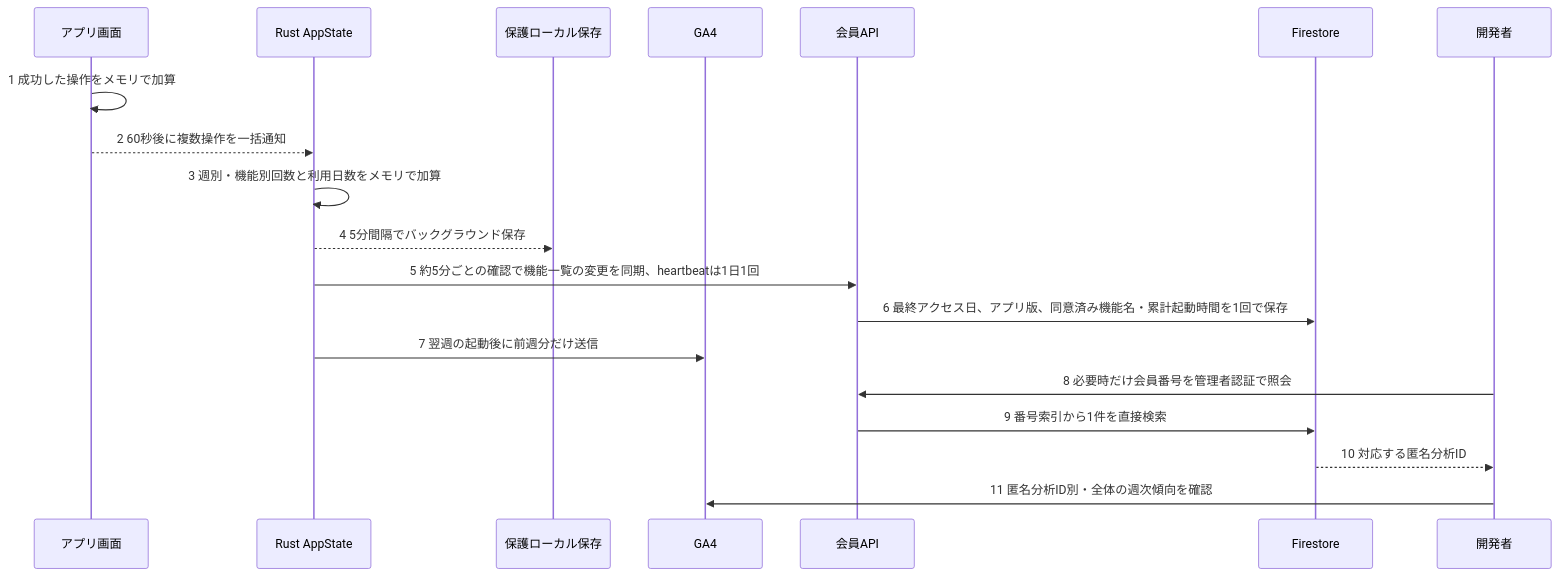
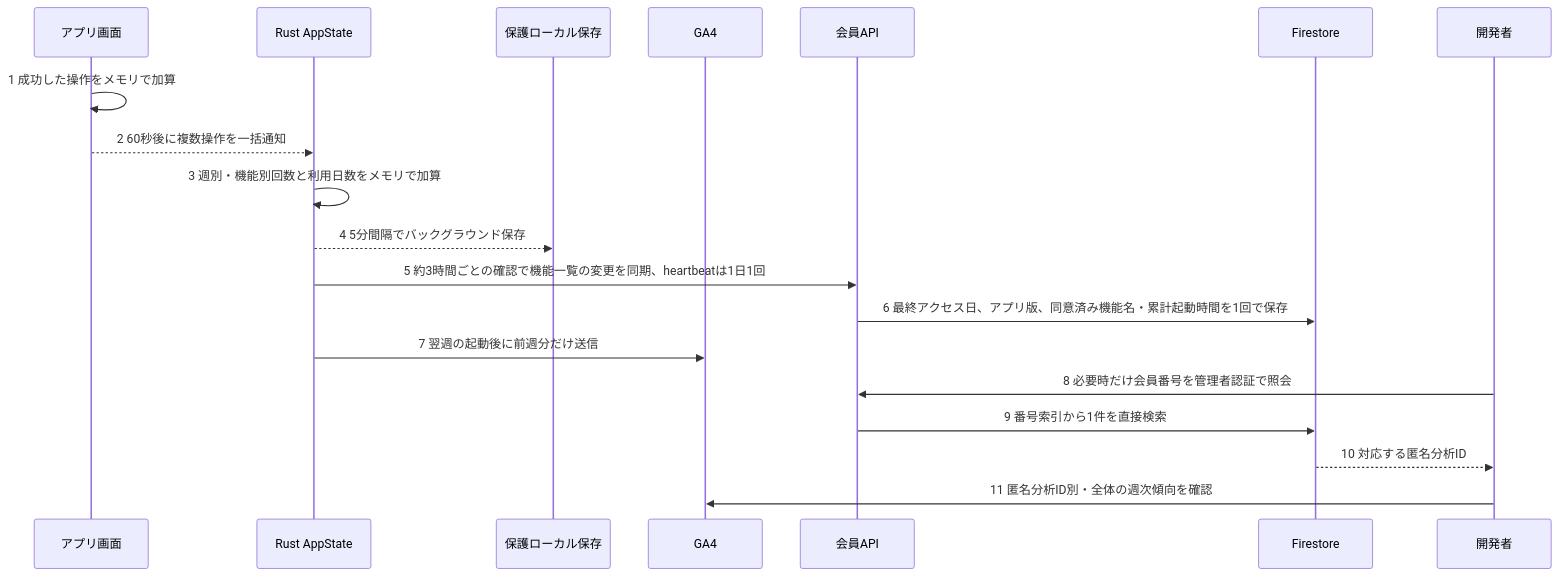
One commit to ore-no-fusen/ore-no-fusen changed the third of 4 diagrams in docs-v2/009_MEMBERSHIP.md. Above: the diagram before and after it, drawn with Mermaid. The commit also changed other lines of this file and 2 other files, not shown here.

````diff
--- a/docs-v2/009_MEMBERSHIP.md
+++ b/docs-v2/009_MEMBERSHIP.md
@@ -83,21 +83,21 @@
 ```mermaid
 sequenceDiagram
     participant UI as アプリ画面
     participant Rust as Rust AppState
     participant Local as 保護ローカル保存
     participant GA as GA4
     participant API as 会員API
     participant DB as Firestore
     participant Owner as 開発者
     UI->>UI: 1 成功した操作をメモリで加算
     UI-->>Rust: 2 60秒後に複数操作を一括通知
     Rust->>Rust: 3 週別・機能別回数と利用日数をメモリで加算
     Rust-->>Local: 4 5分間隔でバックグラウンド保存
-    Rust->>API: 5 約5分ごとの確認で機能一覧の変更を同期、heartbeatは1日1回
+    Rust->>API: 5 約3時間ごとの確認で機能一覧の変更を同期、heartbeatは1日1回
     API->>DB: 6 最終アクセス日、アプリ版、同意済み機能名・累計起動時間を1回で保存
     Rust->>GA: 7 翌週の起動後に前週分だけ送信
     Owner->>API: 8 必要時だけ会員番号を管理者認証で照会
     API->>DB: 9 番号索引から1件を直接検索
     DB-->>Owner: 10 対応する匿名分析ID
     Owner->>GA: 11 匿名分析ID別・全体の週次傾向を確認
 ```
````
